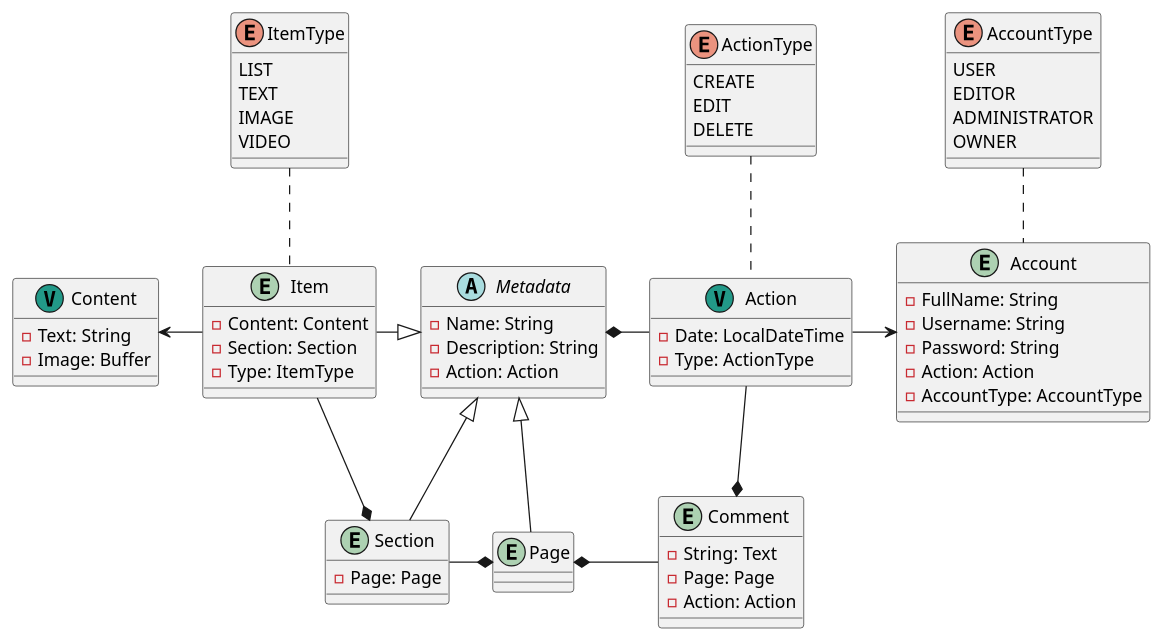
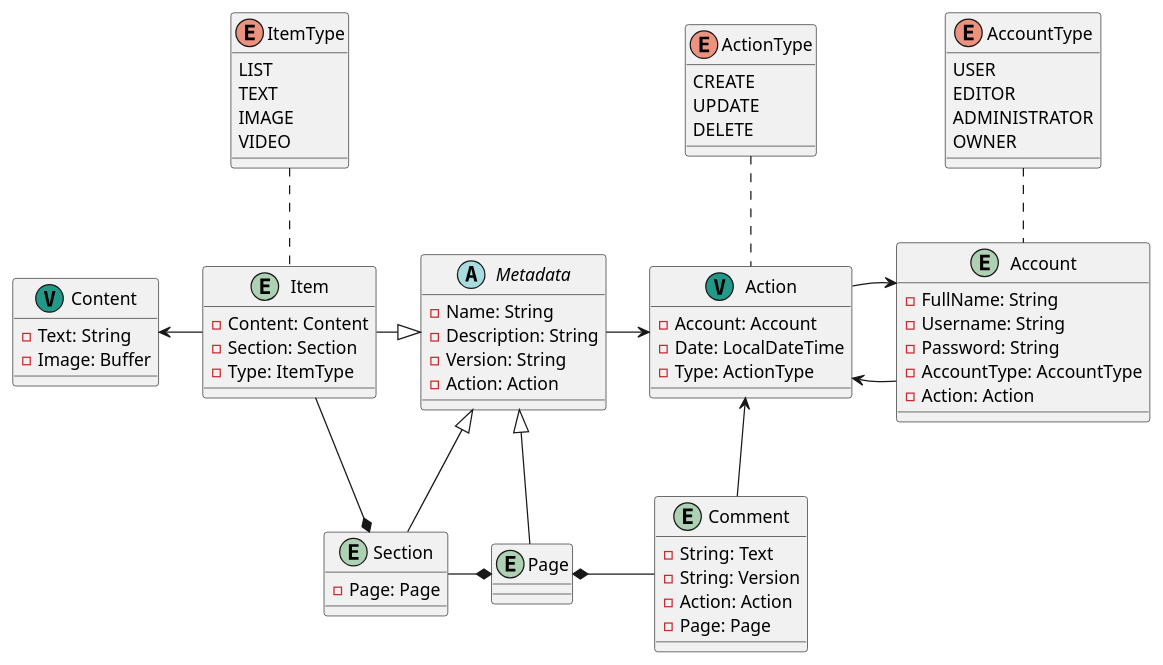
One commit to LouisFerro/HFW-HighlyFunctionalWiki changed the diagram in src/main/plantuml/5. Main - Production.puml. Above: the diagram before and after it, drawn with PlantUML. The commit also changed 14 other files, not shown here.

First line of the commit message:
Regular changes and adaption of entire codebase to account for full scale versioning excluding Account.java.

```diff
--- a/src/main/plantuml/5. Main - Production.puml
+++ b/src/main/plantuml/5. Main - Production.puml
@@ -1,99 +1,104 @@
 @startuml
 'https://plantuml.com/class-diagram'
+
+entity Account
+{
+    - FullName: String
+    - Username: String
+    - Password: String
+    - AccountType: AccountType
+    - Action: Action
+}
+
+enum AccountType
+{
+    USER
+    EDITOR
+    ADMINISTRATOR
+    OWNER
+}
+
+entity Action <<(V, #229988)>>
+{
+    - Account: Account
+    - Date: LocalDateTime
+    - Type: ActionType
+}
+
+enum ActionType
+{
+    CREATE
+    UPDATE
+    DELETE
+}
 
 abstract class Metadata
 {
     - Name: String
     - Description: String
+    - Version: String
     - Action: Action
 }
 
 entity Page
 {
 
 }
 
 entity Section
 {
     - Page: Page
 }
 
 entity Item
 {
     - Content: Content
     - Section: Section
     - Type: ItemType
 }
 
 enum ItemType
 {
     LIST
     TEXT
     IMAGE
     VIDEO
 }
 
 entity Content <<(V, #229988)>>
 {
     - Text: String
     - Image: Buffer
 }
 
 entity Comment
 {
     - String: Text
+    - String: Version
+    - Action: Action
     - Page: Page
-    - Action: Action
-}
-
-entity Account
-{
-    - FullName: String
-    - Username: String
-    - Password: String
-    - Action: Action
-    - AccountType: AccountType
-}
-
-enum AccountType
-{
-    USER
-    EDITOR
-    ADMINISTRATOR
-    OWNER
-}
-
-entity Action <<(V, #229988)>>
-{
-    - Date: LocalDateTime
-    - Type: ActionType
-}
-
-enum ActionType
-{
-    CREATE
-    EDIT
-    DELETE
 }
 
 Account .up. AccountType
+Account -left-> Action
 
-Action -left-* Metadata
 Action -right-> Account
-Action -down-* Comment
 Action .up. ActionType
 
+Metadata -right-> Action
+
+Comment -up-> Action
 Comment -left-* Page
 
 Page -up-|> Metadata
 
 Section -up-|> Metadata
 Section -right-* Page
 
 Item -right-|> Metadata
 Item -down-* Section
 Item -left-> Content
 Item .up. ItemType
 
 
 @enduml
```
